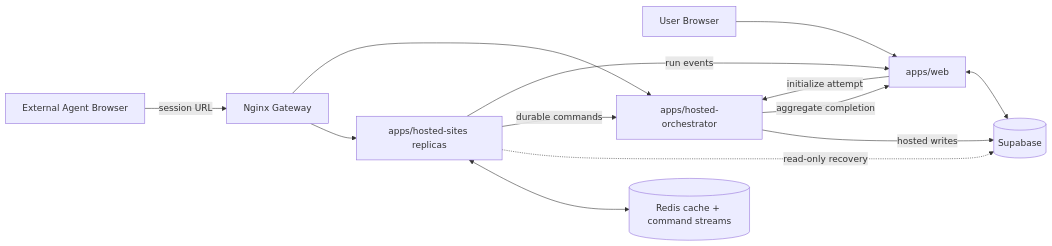
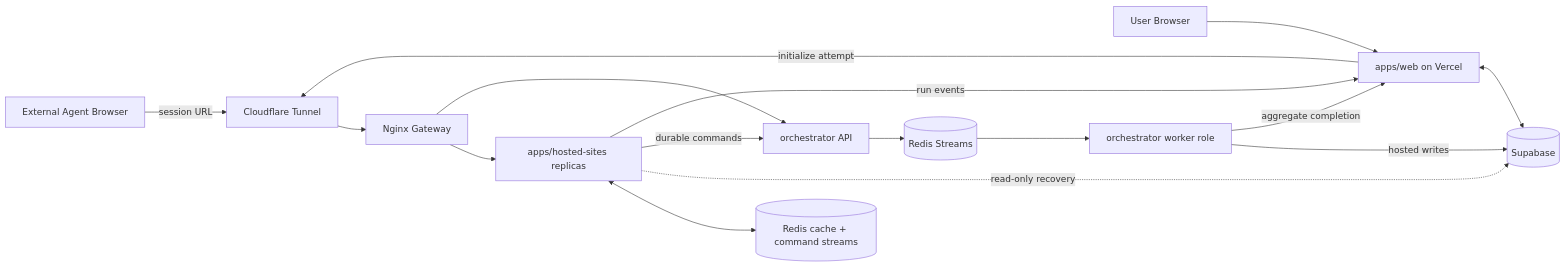
Before and after one commit to Kaiwen0418/agent-benchmark: the diagram in README.md, drawn with Mermaid. The commit also changed other lines of this file and 17 other files, not shown here.

Commit message:
docs: align architecture and roadmap with runtime (#29)

````diff
--- a/README.md
+++ b/README.md
@@ -52,15 +54,18 @@
 ```mermaid
 flowchart LR
-  Agent["External Agent Browser"] -->|"session URL"| Gateway["Nginx Gateway"]
-  User["User Browser"] --> Web["apps/web"]
-  Web -->|"initialize attempt"| Orchestrator["apps/hosted-orchestrator"]
+  Agent["External Agent Browser"] -->|"session URL"| Edge["Cloudflare Tunnel"]
+  User["User Browser"] --> Web["apps/web on Vercel"]
+  Web -->|"initialize attempt"| Edge
+  Edge --> Gateway["Nginx Gateway"]
   Gateway --> Sites["apps/hosted-sites replicas"]
-  Gateway --> Orchestrator
+  Gateway --> Orchestrator["orchestrator API"]
   Sites <--> Redis[("Redis cache + command streams")]
   Web <--> DB[("Supabase")]
   Sites -.->|"read-only recovery"| DB
   Sites -->|"durable commands"| Orchestrator
-  Orchestrator -->|"hosted writes"| DB
+  Orchestrator --> Streams[("Redis Streams")]
+  Streams --> Worker["orchestrator worker role"]
+  Worker -->|"hosted writes"| DB
   Sites -->|"run events"| Web
-  Orchestrator -->|"aggregate completion"| Web
+  Worker -->|"aggregate completion"| Web
 ```
````
